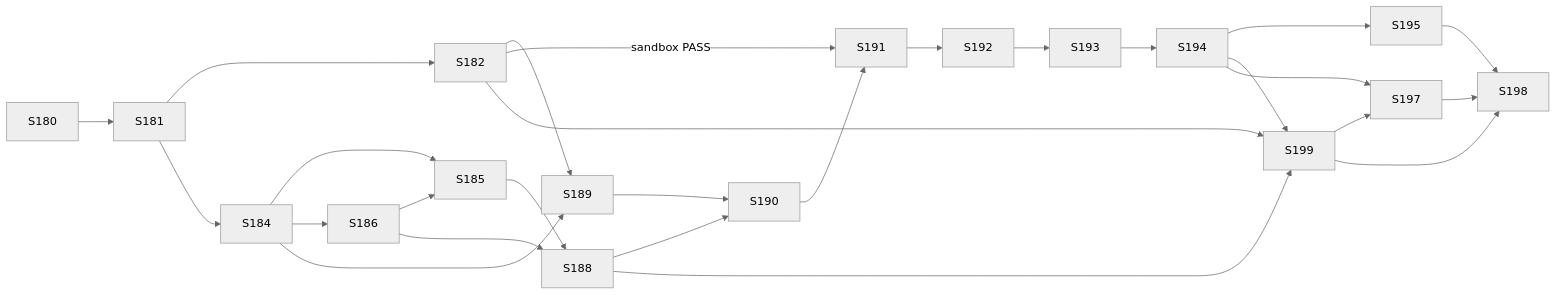
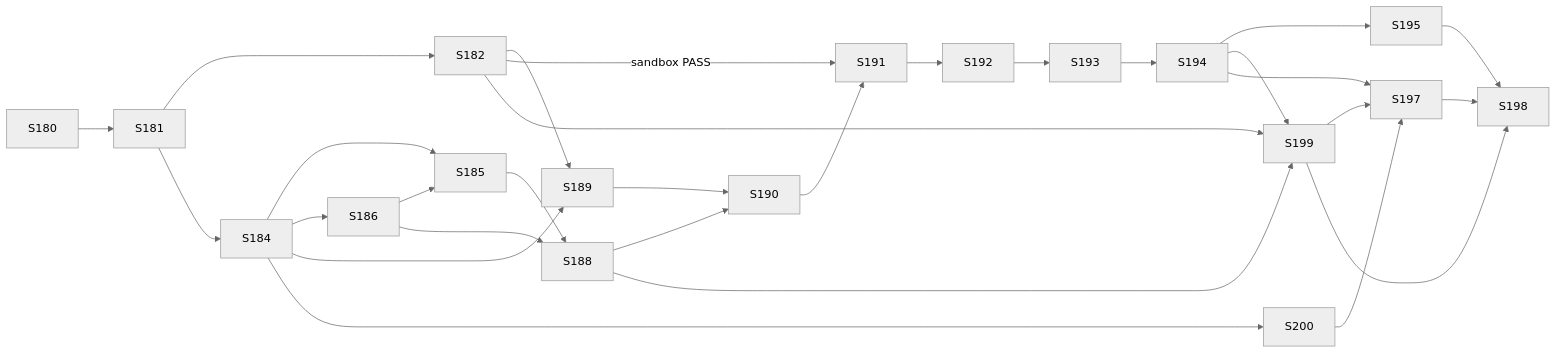
One commit to llipe/dev-tasks-agent-fleet changed the diagram in workstream/user-stories-prd-bug-fix-agent.md. Above: the diagram before and after it, drawn with Mermaid (neutral theme). The commit also changed other lines of this file and 4 other files, not shown here.

````diff
--- a/workstream/user-stories-prd-bug-fix-agent.md
+++ b/workstream/user-stories-prd-bug-fix-agent.md
@@ -1134,14 +1203,15 @@
 ```mermaid
 flowchart LR
     S180 --> S181 --> S182
     S181 --> S184 --> S185
     S184 --> S186 --> S185
     S185 & S186 --> S188
     S182 & S184 --> S189
     S188 & S189 --> S190
     S182 -- sandbox PASS --> S191
     S190 --> S191 --> S192 --> S193 --> S194 --> S195
     S182 & S188 & S194 --> S199
-    S194 & S199 --> S197
+    S184 --> S200
+    S194 & S199 & S200 --> S197
     S195 & S197 & S199 --> S198
 ```
````
